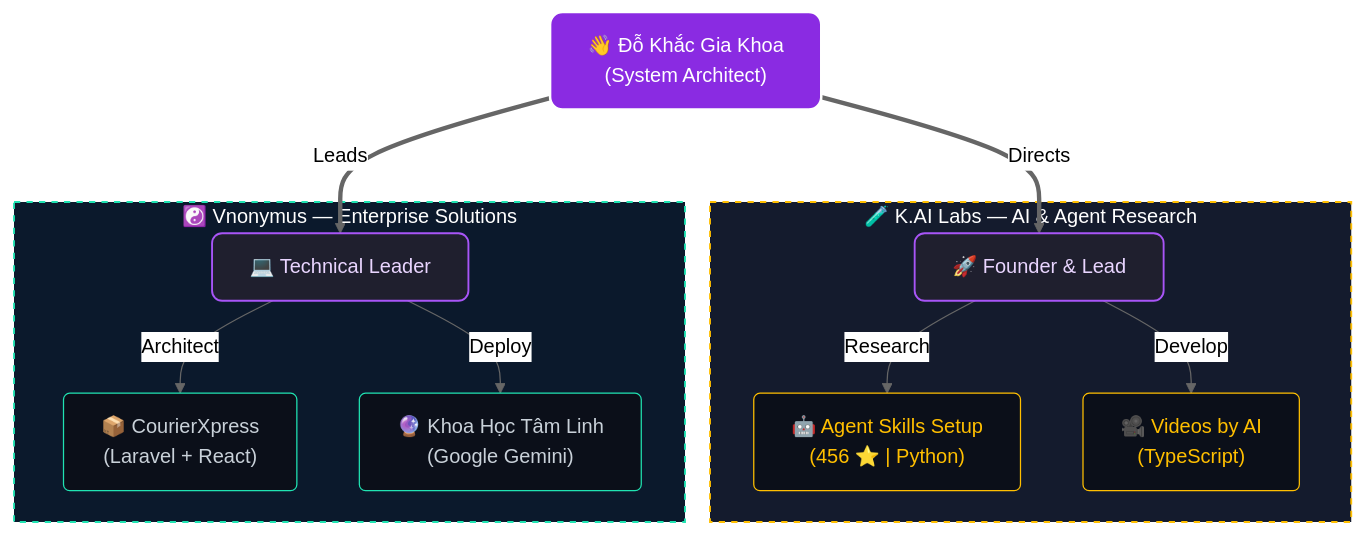
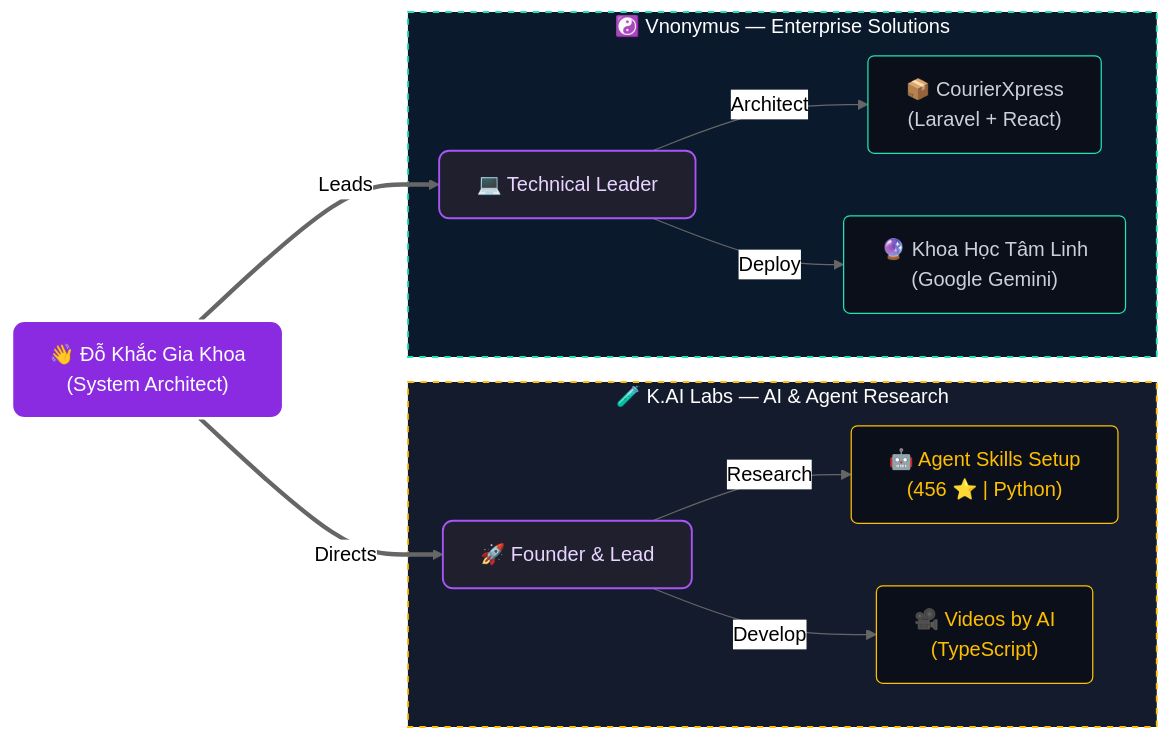
The diagram in README.md (Dokhacgiakhoa/dokhacgiakhoa), drawn with Mermaid (neutral theme) before and after one commit.

Commit message:
style: change ecosystem layout to left-to-right (vertical stack)

````diff
--- a/README.md
+++ b/README.md
@@ -73,33 +73,33 @@
 ```mermaid
-graph TB
+graph LR
     %% Khai báo Style cho các Node
     classDef core fill:#8a2be2,stroke:#fff,stroke-width:2px,color:#fff,rx:10px,ry:10px;
     classDef branch fill:#1f1f2e,stroke:#a855f7,stroke-width:1.5px,color:#e9d5ff,rx:8px,ry:8px;
     classDef project fill:#0b0f19,stroke:#20E3B2,stroke-width:1px,color:#c9d1d9,rx:5px,ry:5px;
     classDef ai fill:#0b0f19,stroke:#ffbf00,stroke-width:1px,color:#ffbf00,rx:5px,ry:5px;
 
     %% Định nghĩa các Node chính
     Me["👋 Đỗ Khắc Gia Khoa<br/>(System Architect)"]:::core
 
     subgraph AI_Hub ["🧪 K.AI Labs — AI & Agent Research"]
         style AI_Hub fill:#141b2d,stroke:#ffbf00,stroke-width:1.5px,stroke-dasharray: 5 5,color:#fff
         KAILabs["🚀 Founder & Lead"]:::branch
         ASA["🤖 Agent Skills Setup<br/>(456 ⭐ | Python)"]:::ai
         VAI["🎥 Videos by AI<br/>(TypeScript)"]:::ai
         KAILabs -->|Research| ASA
         KAILabs -->|Develop| VAI
     end
 
     subgraph Web_Hub ["☯️ Vnonymus — Enterprise Solutions"]
         style Web_Hub fill:#0b192c,stroke:#20E3B2,stroke-width:1.5px,stroke-dasharray: 5 5,color:#fff
         Vnonymus["💻 Technical Leader"]:::branch
         CX["📦 CourierXpress<br/>(Laravel + React)"]:::project
         KHTL["🔮 Khoa Học Tâm Linh<br/>(Google Gemini)"]:::project
         Vnonymus -->|Architect| CX
         Vnonymus -->|Deploy| KHTL
     end
 
     %% Kết nối từ Core
     Me ==>|Directs| KAILabs
     Me ==>|Leads| Vnonymus
 ```
````
